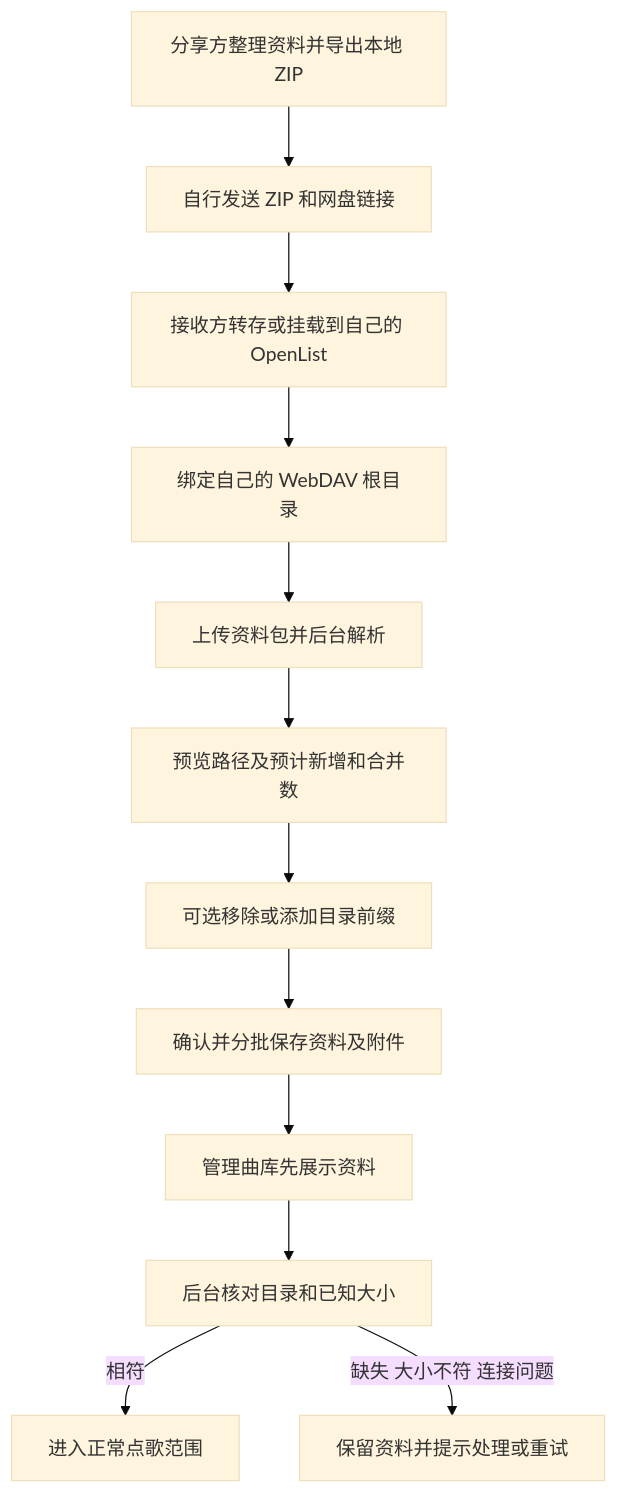
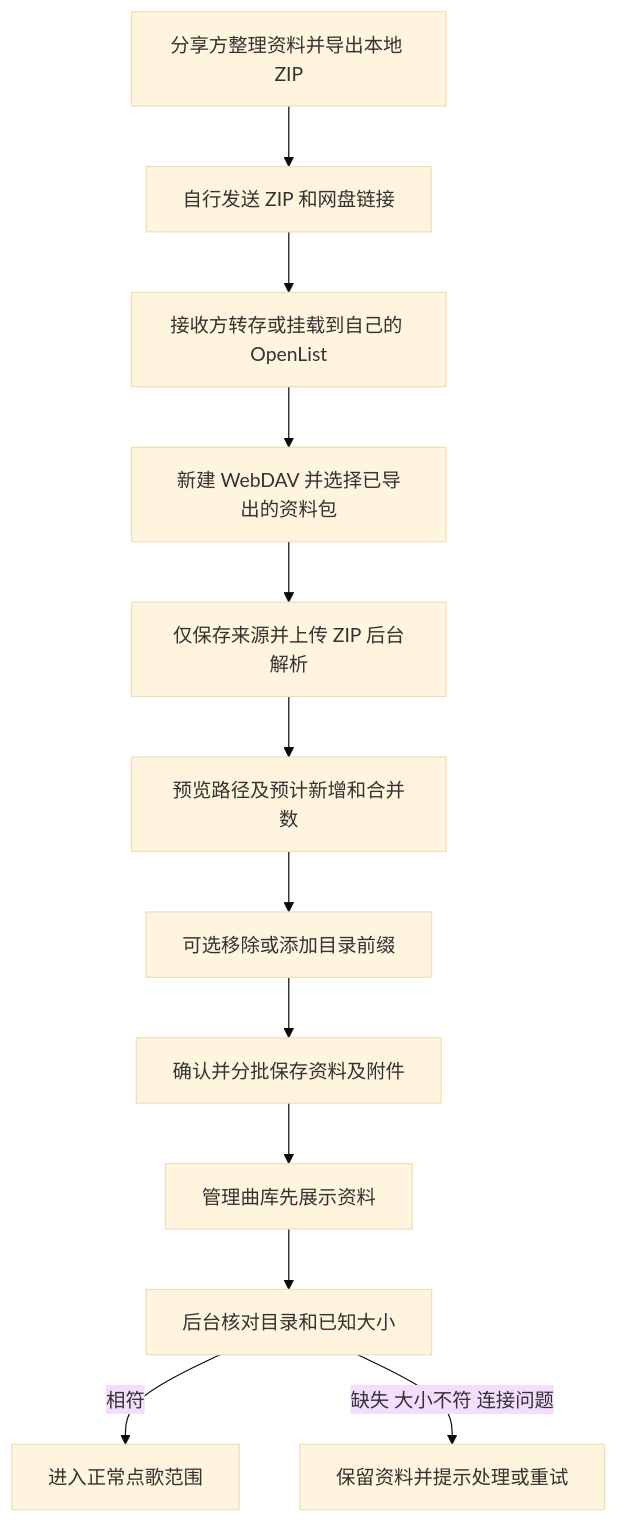
One commit to mynora-dot/SingVerse changed the second of 2 diagrams in docs/media-library.md. Above: the diagram before and after it, drawn with Mermaid (base theme). The commit also changed other lines of this file and 228 other files, not shown here.

````diff
--- a/docs/media-library.md
+++ b/docs/media-library.md
@@ -171,14 +173,14 @@
 ```mermaid
 flowchart TD
   A[分享方整理资料并导出本地 ZIP] --> B[自行发送 ZIP 和网盘链接]
   B --> C[接收方转存或挂载到自己的 OpenList]
-  C --> D[绑定自己的 WebDAV 根目录]
-  D --> E[上传资料包并后台解析]
+  C --> D[新建 WebDAV 并选择已导出的资料包]
+  D --> E[仅保存来源并上传 ZIP 后台解析]
   E --> F[预览路径及预计新增和合并数]
   F --> G[可选移除或添加目录前缀]
   G --> H[确认并分批保存资料及附件]
   H --> I[管理曲库先展示资料]
   I --> J[后台核对目录和已知大小]
   J -->|相符| K[进入正常点歌范围]
   J -->|缺失 大小不符 连接问题| L[保留资料并提示处理或重试]
 ```
````
